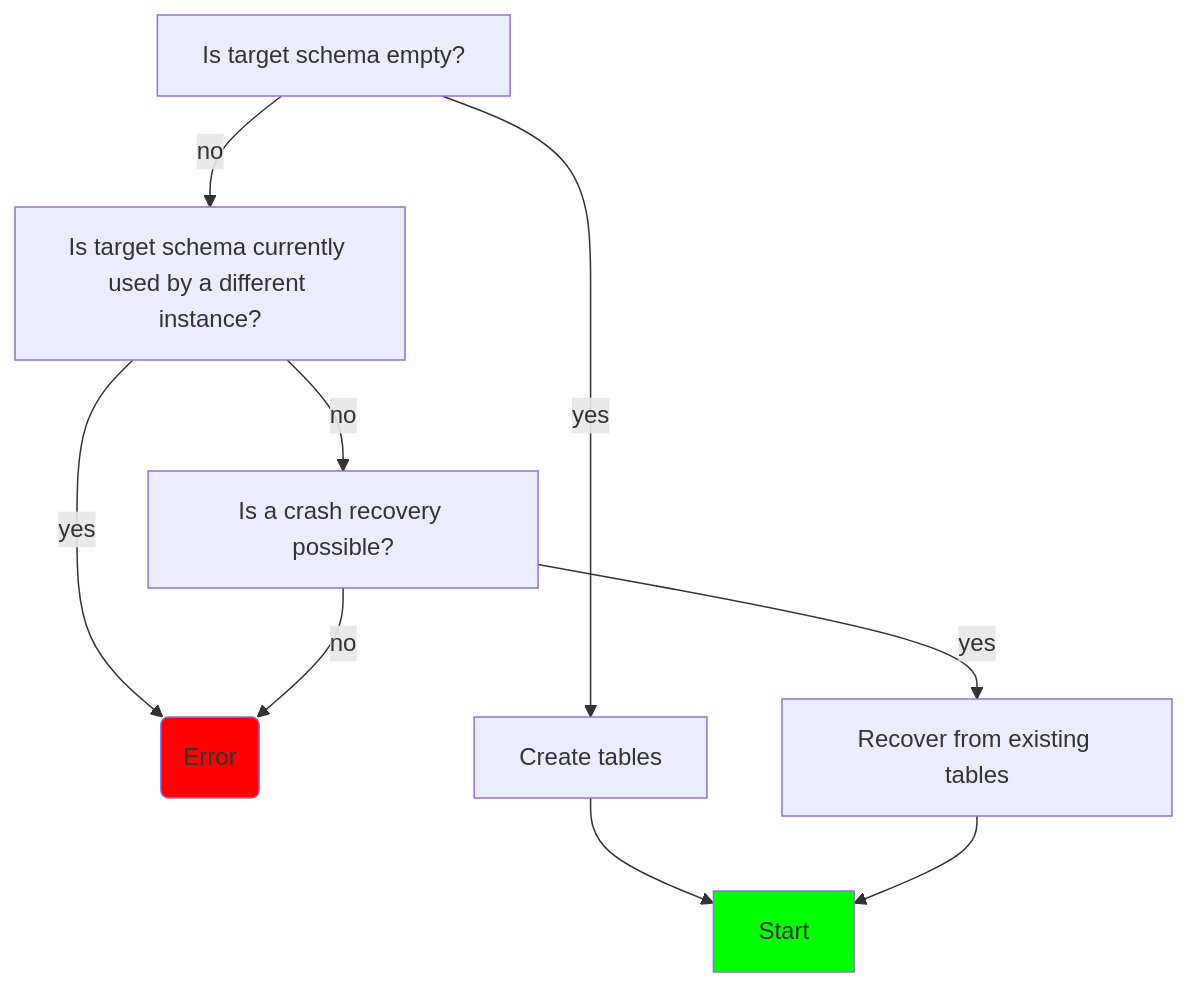
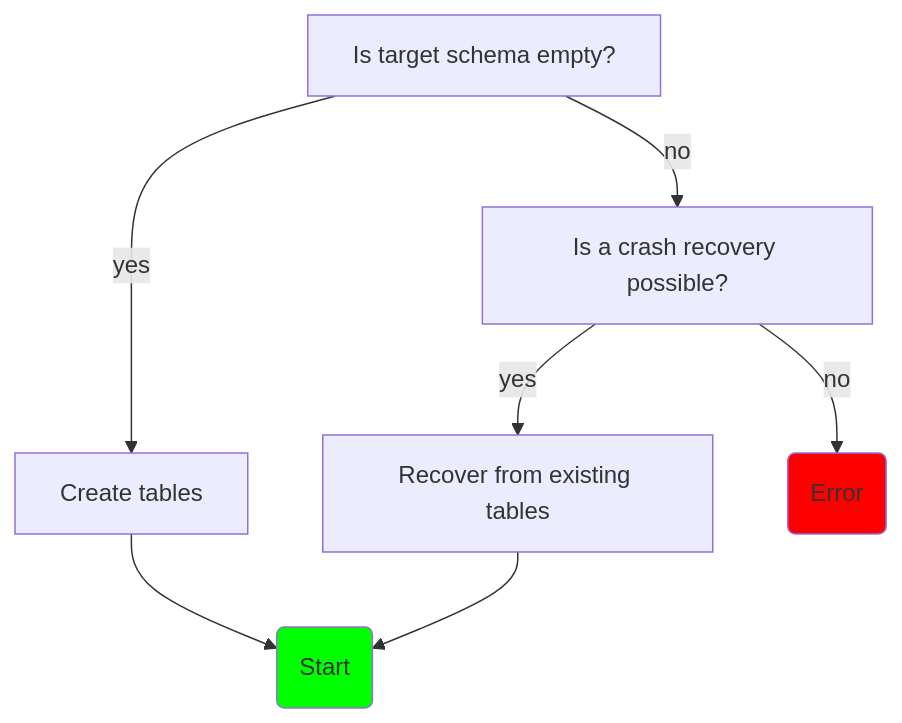
The diagram in docs/pages/docs/production/deploy.mdx (ponder-sh/ponder), drawn with Mermaid before and after one commit. The commit also changed other lines of this file, not shown here.

````diff
--- a/docs/pages/docs/production/deploy.mdx
+++ b/docs/pages/docs/production/deploy.mdx
@@ -45,21 +50,18 @@
 ```mermaid
 flowchart TD
   A[Is target schema empty?]
-  B[Is target schema currently used by a different instance?]
   C[Is a crash recovery possible?]
   D(Error)
   E[Create tables]
   F[Recover from existing tables]
-  G[Start]
+  G(Start)
 
   A -- yes --> E
-  A -- no --> B
-  B -- yes --> D
-  B -- no --> C
+  A -- no --> C
   C -- yes --> F
   C -- no --> D
   E --> G
   F --> G
   style D fill:#f00
   style G fill:#0f0
 ```
````
